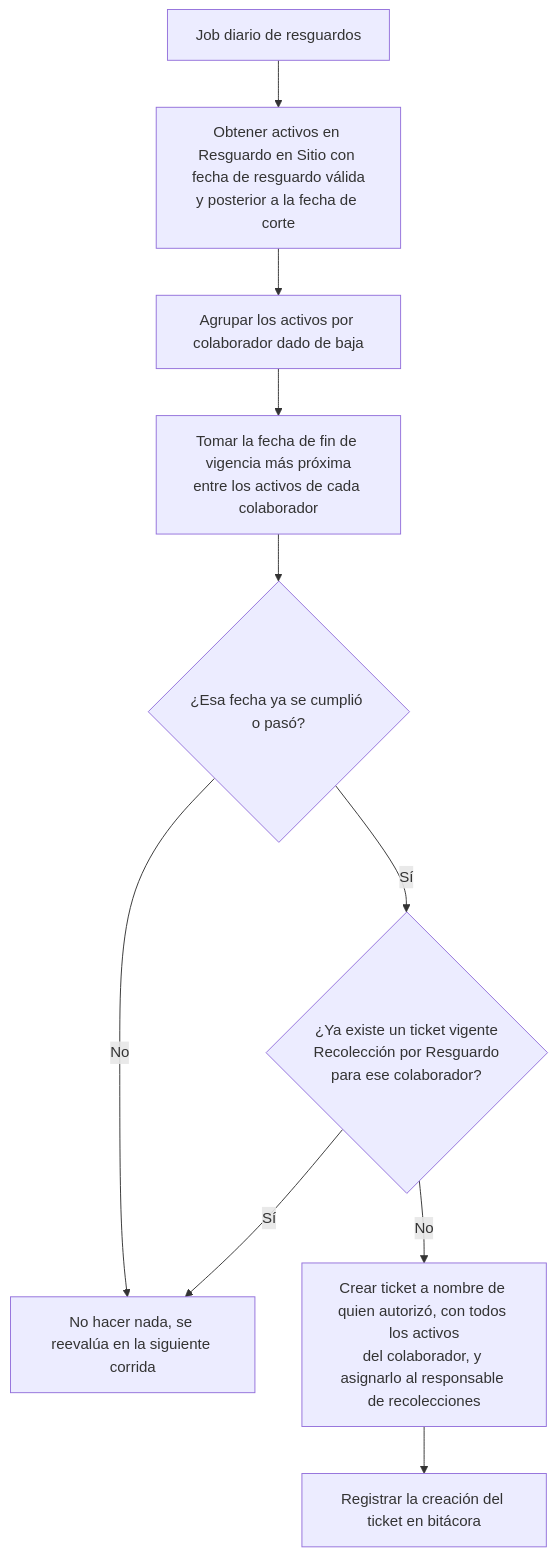
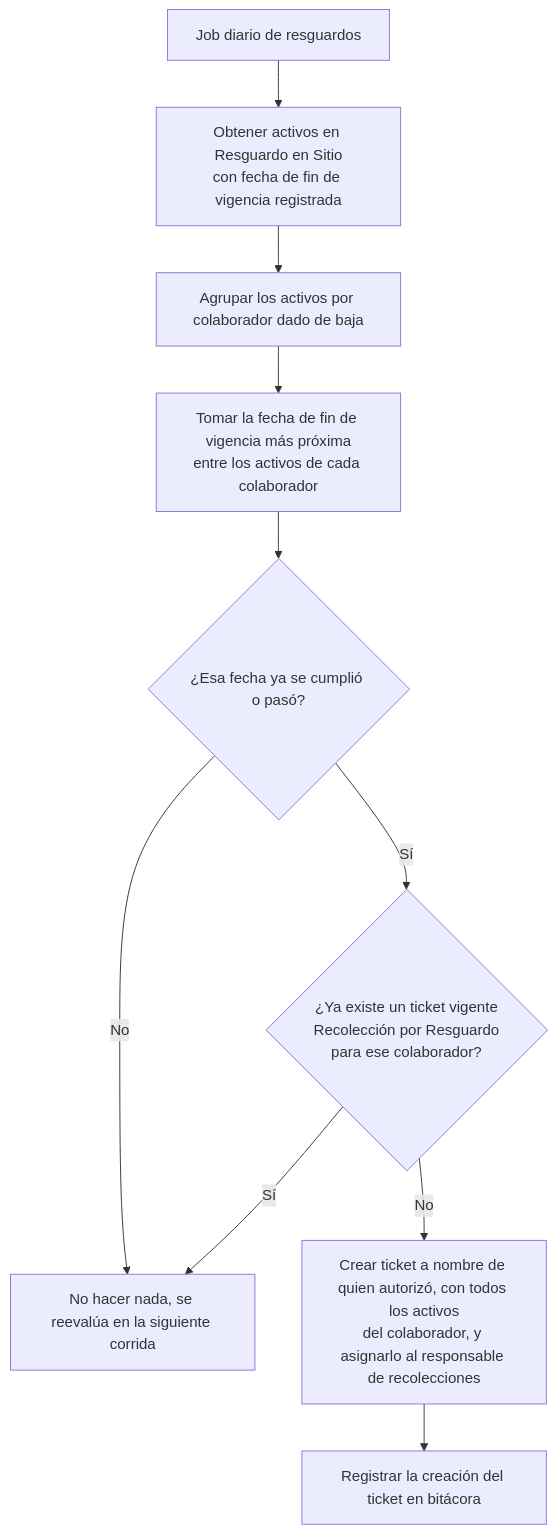
The second of 3 diagrams in docs/Proyectos/iNN/Baja usuario - Ticket escalonado/Vigencia del Resguardo en Sitio y Recolección Automática de Activos.md (solis1408/Business-Suite), drawn with Mermaid before and after one commit. The commit also changed other lines of this file, not shown here.

First line of the commit message:
docs(computo): reduce RF-02 a una sola variable de vigencia

````diff
--- a/docs/Proyectos/iNN/Baja usuario - Ticket escalonado/Vigencia del Resguardo en Sitio y Recolección Automática de Activos.md
+++ b/docs/Proyectos/iNN/Baja usuario - Ticket escalonado/Vigencia del Resguardo en Sitio y Recolección Automática de Activos.md
@@ -130,12 +129,12 @@
 ```mermaid
 flowchart TD
-    A[Job diario de resguardos] --> B[Obtener activos en Resguardo en Sitio con fecha de resguardo válida<br/>y posterior a la fecha de corte]
+    A[Job diario de resguardos] --> B[Obtener activos en Resguardo en Sitio<br/>con fecha de fin de vigencia registrada]
     B --> C[Agrupar los activos por colaborador dado de baja]
     C --> D[Tomar la fecha de fin de vigencia más próxima<br/>entre los activos de cada colaborador]
     D --> F{¿Esa fecha ya se cumplió o pasó?}
     F -- No --> G[No hacer nada, se reevalúa en la siguiente corrida]
     F -- Sí --> H{¿Ya existe un ticket vigente<br/>Recolección por Resguardo<br/>para ese colaborador?}
     H -- Sí --> G
     H -- No --> I[Crear ticket a nombre de quien autorizó, con todos los activos<br/>del colaborador, y asignarlo al responsable de recolecciones]
     I --> J[Registrar la creación del ticket en bitácora]
 ```
````
